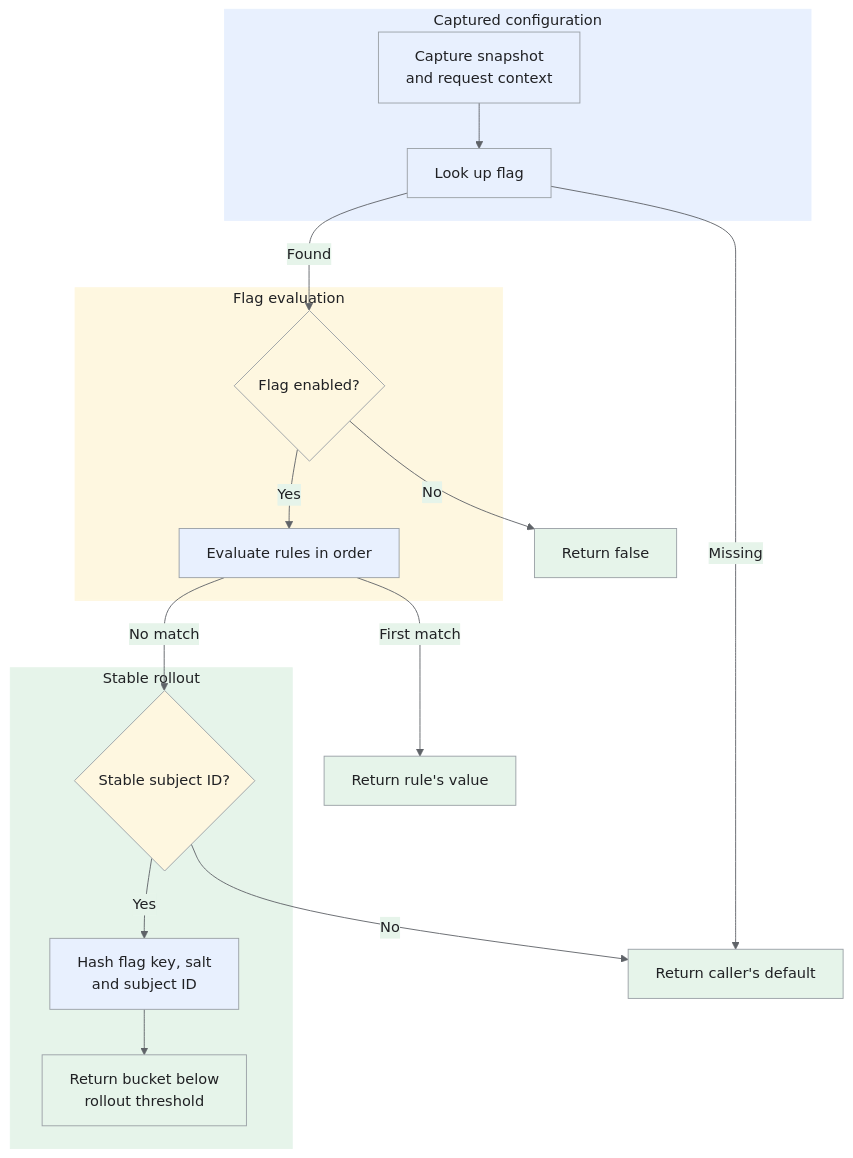
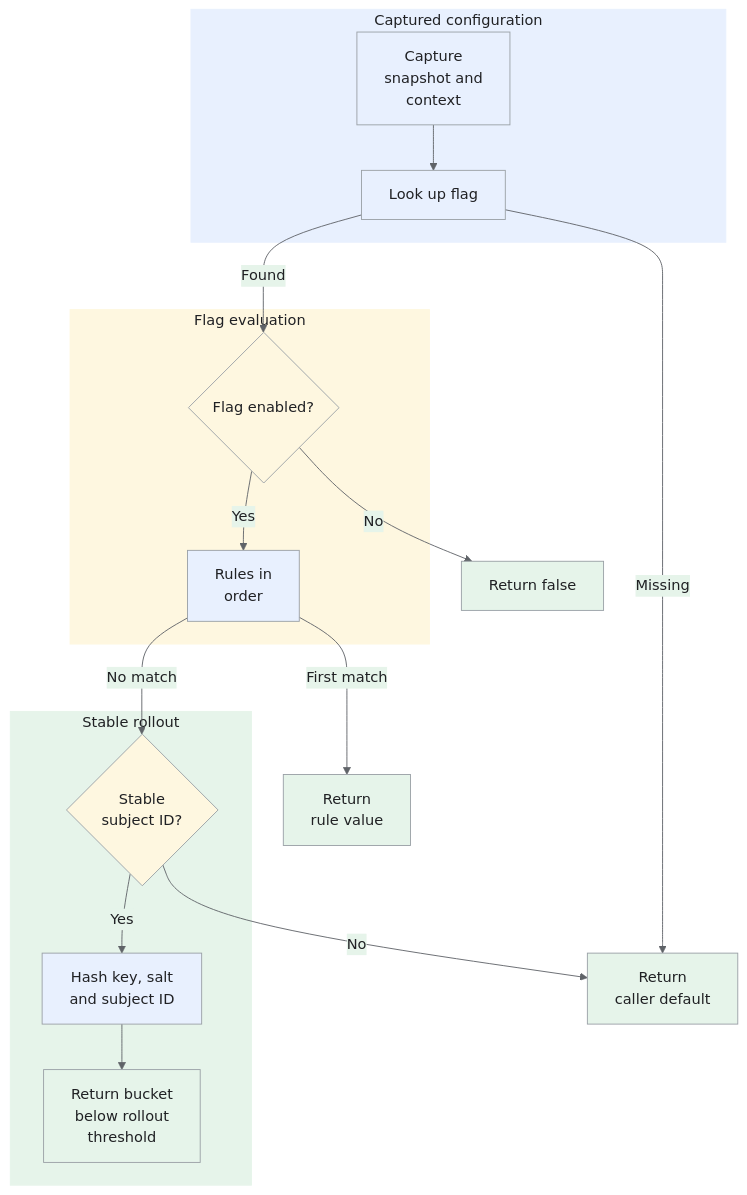
One commit to iliazlobin/iliazlobin.github.io changed the fifth of 6 diagrams in _designs/low-level-design-feature-flag-evaluator.md. Above: the diagram before and after it, drawn with Mermaid. The commit also changed other lines of this file and 116 other files, not shown here.

````diff
--- a/_designs/low-level-design-feature-flag-evaluator.md
+++ b/_designs/low-level-design-feature-flag-evaluator.md
@@ -102,36 +279,36 @@
 ```mermaid
 %%{init: {"theme":"base","themeVariables":{"primaryColor":"#e8f0fe","primaryBorderColor":"#9aa0a6","primaryTextColor":"#202124","secondaryColor":"#e6f4ea","tertiaryColor":"#fef7e0","lineColor":"#5f6368","actorBkg":"#e8f0fe","actorBorder":"#9aa0a6","actorTextColor":"#202124","noteBkgColor":"#fef7e0","noteBorderColor":"#9aa0a6","noteTextColor":"#202124","signalColor":"#5f6368","signalTextColor":"#202124"}}}%%
 flowchart TB
     accTitle: Feature flag evaluation
     accDescr: Capture one configuration, apply the off switch and targeting rules, then use a stable rollout if no rule matches.
     subgraph Request["Captured configuration"]
-        A["Capture snapshot<br>and request context"] --> B["Look up flag"]
+        A["Capture<br>snapshot and<br>context"] --> B["Look up flag"]
     end
     subgraph Targeting["Flag evaluation"]
         C{"Flag enabled?"}
-        D["Evaluate rules in order"]
+        D["Rules in<br>order"]
     end
     subgraph Rollout["Stable rollout"]
-        E{"Stable subject ID?"}
-        H["Hash flag key, salt<br>and subject ID"]
-        T["Return bucket below<br>rollout threshold"]
+        E{"Stable<br>subject ID?"}
+        H["Hash key, salt<br>and subject ID"]
+        T["Return bucket<br>below rollout<br>threshold"]
     end
-    B -->|"Missing"| F["Return caller's default"]
+    B -->|"Missing"| F["Return<br>caller default"]
     B -->|"Found"| C
     C -->|"No"| OFF["Return false"]
     C -->|"Yes"| D
-    D -->|"First match"| R["Return rule's value"]
+    D -->|"First match"| R["Return<br>rule value"]
     D -->|"No match"| E
     E -->|"No"| F
     E -->|"Yes"| H
     H --> T
     classDef request fill:#e8f0fe,stroke:#9aa0a6,color:#202124
     classDef data fill:#e6f4ea,stroke:#9aa0a6,color:#202124
     classDef control fill:#fef7e0,stroke:#9aa0a6,color:#202124
     class A,B,D,H request
     class F,OFF,R,T data
     class C,E control
     style Request fill:#e8f0fe,stroke:#e8f0fe,color:#202124
     style Targeting fill:#fef7e0,stroke:#fef7e0,color:#202124
     style Rollout fill:#e6f4ea,stroke:#e6f4ea,color:#202124
 ```
````
